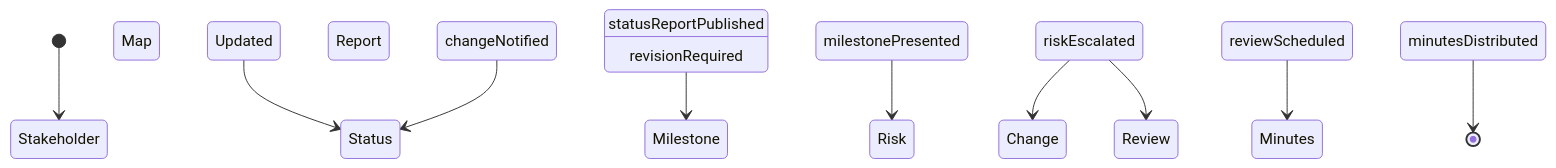
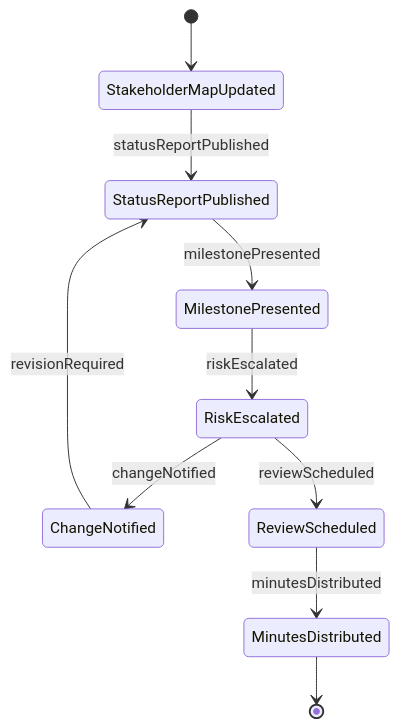
The second of 4 diagrams in CommunicatingWithSupervisorsPeersOrSubordinates/CommunicateWithOthersAboutSpecificationsOrProjectDetails/CommunicateProjectInformationOthers.mdx (dot-org-ai/tasks.org.ai), drawn with Mermaid before and after one commit. The commit also changed 515 other files, not shown here.

````diff
--- a/CommunicatingWithSupervisorsPeersOrSubordinates/CommunicateWithOthersAboutSpecificationsOrProjectDetails/CommunicateProjectInformationOthers.mdx
+++ b/CommunicatingWithSupervisorsPeersOrSubordinates/CommunicateWithOthersAboutSpecificationsOrProjectDetails/CommunicateProjectInformationOthers.mdx
@@ -97,12 +97,12 @@
 ```mermaid
 stateDiagram-v2
-    [*] --> Stakeholder Map Updated
-    Stakeholder Map Updated --> Status Report Published : statusReportPublished
-    Status Report Published --> Milestone Presented : milestonePresented
-    Milestone Presented --> Risk Escalated : riskEscalated
-    Risk Escalated --> Change Notified : changeNotified
-    Change Notified --> Status Report Published : revisionRequired
-    Risk Escalated --> Review Scheduled : reviewScheduled
-    Review Scheduled --> Minutes Distributed : minutesDistributed
-    Minutes Distributed --> [*]
+    [*] --> StakeholderMapUpdated
+    StakeholderMapUpdated --> StatusReportPublished : statusReportPublished
+    StatusReportPublished --> MilestonePresented : milestonePresented
+    MilestonePresented --> RiskEscalated : riskEscalated
+    RiskEscalated --> ChangeNotified : changeNotified
+    ChangeNotified --> StatusReportPublished : revisionRequired
+    RiskEscalated --> ReviewScheduled : reviewScheduled
+    ReviewScheduled --> MinutesDistributed : minutesDistributed
+    MinutesDistributed --> [*]
 ```
````
